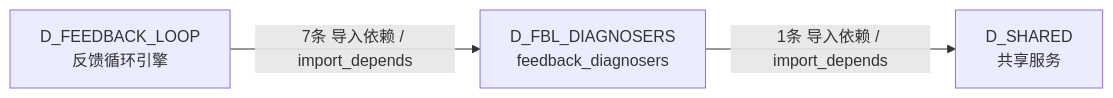
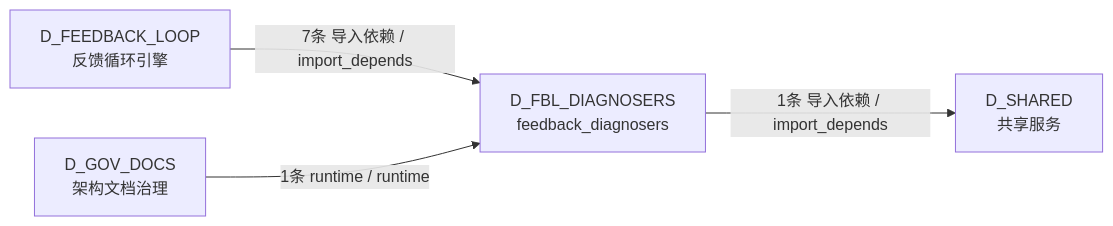
Before and after one commit to xuanFelixVan/ZephyrAlpha: the sixth of 6 diagrams in docs/02_enterprise_architecture/02_domain_architecture_docs/12_d_fbl_diagnosers.md, drawn with Mermaid. The commit also changed other lines of this file and 101 other files, not shown here.

````diff
--- a/docs/02_enterprise_architecture/02_domain_architecture_docs/12_d_fbl_diagnosers.md
+++ b/docs/02_enterprise_architecture/02_domain_architecture_docs/12_d_fbl_diagnosers.md
@@ -423,8 +430,10 @@
 ```mermaid
 graph LR
     D_FBL_DIAGNOSERS["D_FBL_DIAGNOSERS<br/>feedback_diagnosers"]
     D_SHARED["D_SHARED<br/>共享服务"]
     D_FEEDBACK_LOOP["D_FEEDBACK_LOOP<br/>反馈循环引擎"]
+    D_GOV_DOCS["D_GOV_DOCS<br/>架构文档治理"]
     D_FBL_DIAGNOSERS -->|1条 导入依赖 / import_depends| D_SHARED
     D_FEEDBACK_LOOP -->|7条 导入依赖 / import_depends| D_FBL_DIAGNOSERS
+    D_GOV_DOCS -->|1条 runtime / runtime| D_FBL_DIAGNOSERS
 ```
````
